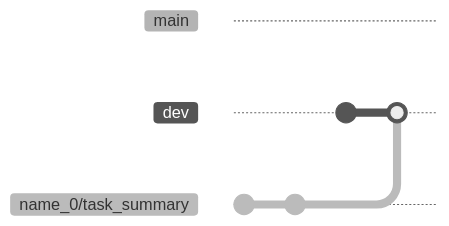
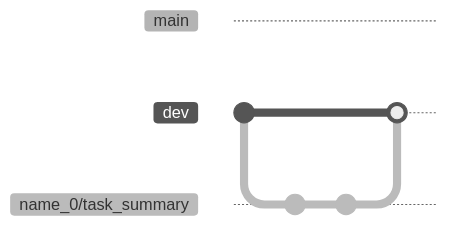
One commit to elin66alpha/S22-03-Dynamics-of-Electron-Tunneling changed the diagram in README.md. Above: the diagram before and after it, drawn with Mermaid (neutral theme). Commit ids are hidden.

Commit message:
Continue to work on git graph.

````diff
--- a/README.md
+++ b/README.md
@@ -37,11 +37,14 @@
 ```mermaid
 gitGraph
+	commit id: "HEAD"
 	branch dev
+	commit id: "HEAD"
 	branch name_0/task_summary
 	commit
 	commit
 	checkout dev
-	commit
 	merge name_0/task_summary
 	
+	
+	
 ```
````
